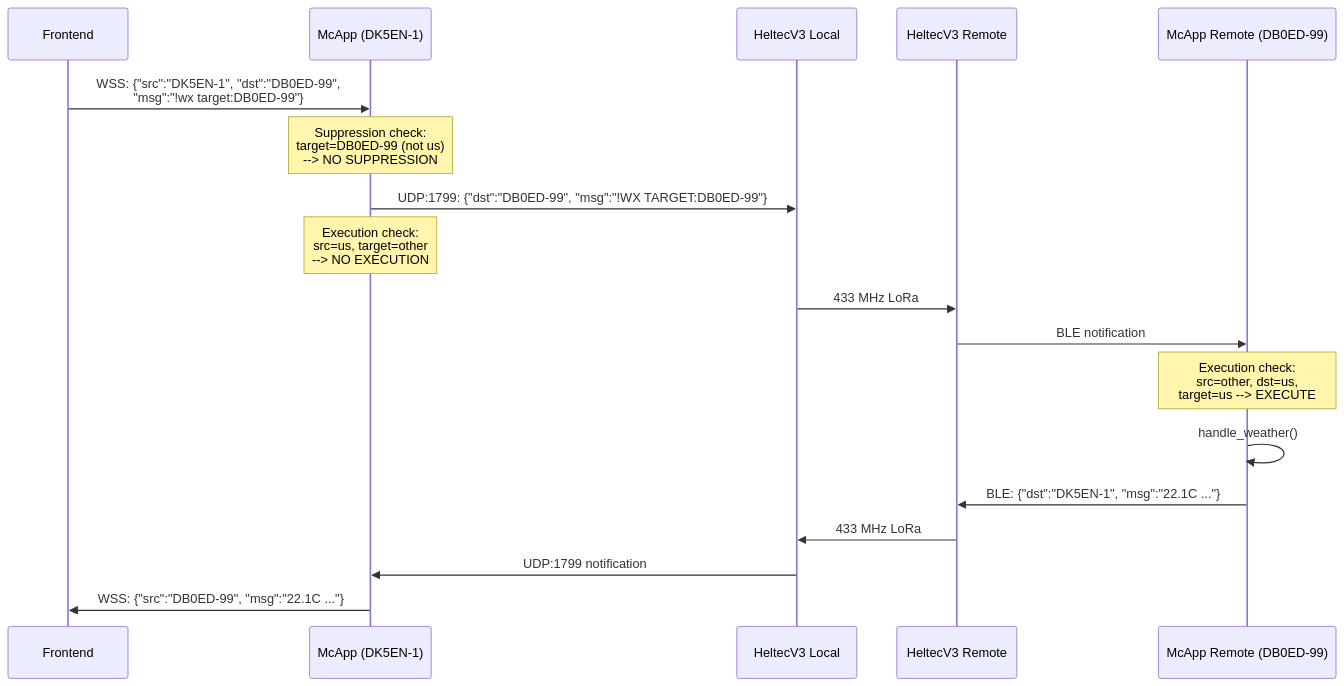
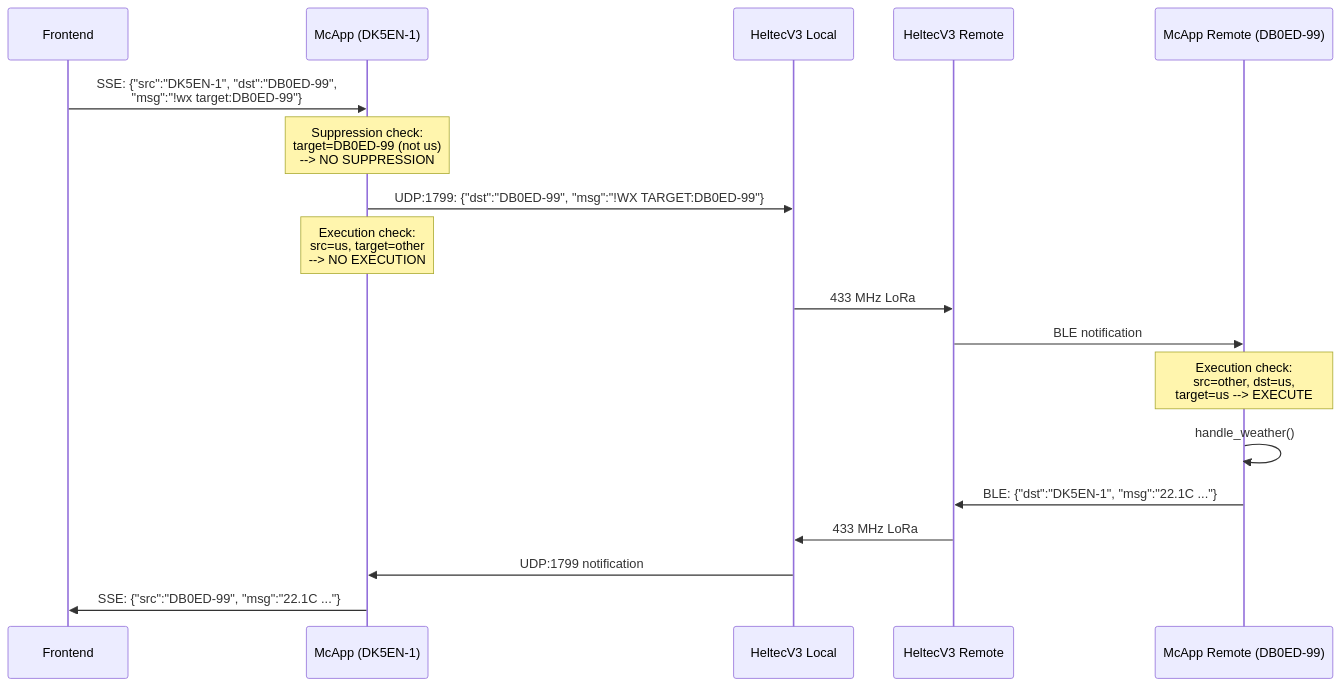
One commit to DK5EN/McApp changed the fourth of 7 diagrams in doc/command-if.md. Above: the diagram before and after it, drawn with Mermaid. The commit also changed other lines of this file and 24 other files, not shown here.

````diff
--- a/doc/command-if.md
+++ b/doc/command-if.md
@@ -524,21 +524,21 @@
 ```mermaid
 sequenceDiagram
     participant FE as Frontend
     participant MC as McApp (DK5EN-1)
     participant HL as HeltecV3 Local
     participant HR as HeltecV3 Remote
     participant MR as McApp Remote (DB0ED-99)
 
-    FE->>MC: WSS: {"src":"DK5EN-1", "dst":"DB0ED-99",<br/>"msg":"!wx target:DB0ED-99"}
+    FE->>MC: SSE: {"src":"DK5EN-1", "dst":"DB0ED-99",<br/>"msg":"!wx target:DB0ED-99"}
     Note over MC: Suppression check:<br/>target=DB0ED-99 (not us)<br/>--> NO SUPPRESSION
     MC->>HL: UDP:1799: {"dst":"DB0ED-99", "msg":"!WX TARGET:DB0ED-99"}
     Note over MC: Execution check:<br/>src=us, target=other<br/>--> NO EXECUTION
     HL->>HR: 433 MHz LoRa
     HR->>MR: BLE notification
     Note over MR: Execution check:<br/>src=other, dst=us,<br/>target=us --> EXECUTE
     MR->>MR: handle_weather()
     MR->>HR: BLE: {"dst":"DK5EN-1", "msg":"22.1C ..."}
     HR->>HL: 433 MHz LoRa
     HL->>MC: UDP:1799 notification
-    MC->>FE: WSS: {"src":"DB0ED-99", "msg":"22.1C ..."}
+    MC->>FE: SSE: {"src":"DB0ED-99", "msg":"22.1C ..."}
 ```
````
